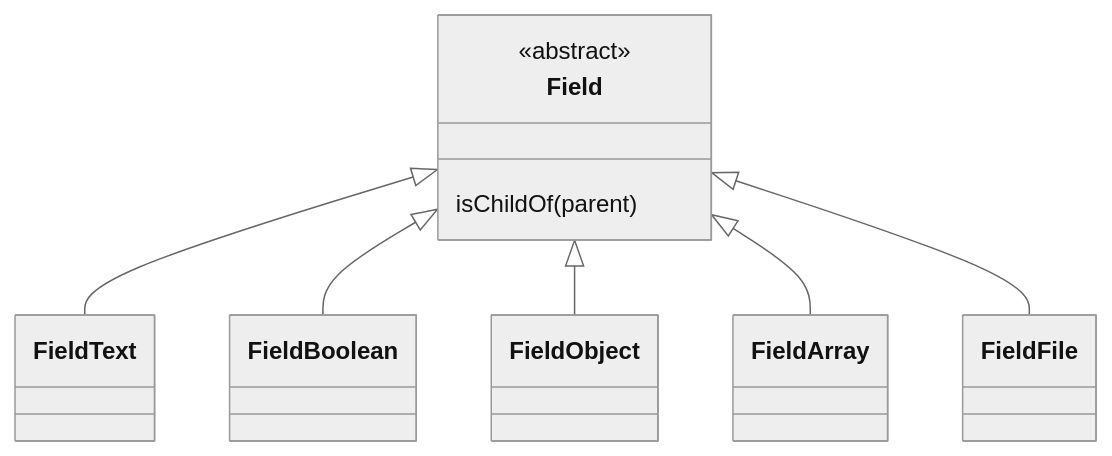
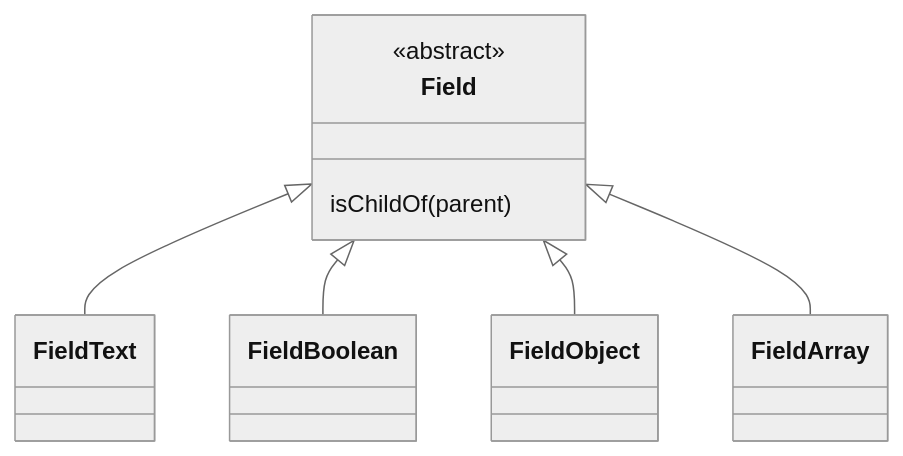
Before and after one commit to jasony62/tms-vue3-kit: the second of 4 diagrams in packages/tms-vue3-ui/src/json-doc/README.md, drawn with Mermaid (neutral theme). The commit also changed 21 other files, not shown here.

````diff
--- a/packages/tms-vue3-ui/src/json-doc/README.md
+++ b/packages/tms-vue3-ui/src/json-doc/README.md
@@ -356,19 +356,17 @@
 ```mermaid
 classDiagram
 
 class Field {
   <<abstract>>
   isChildOf(parent)
 }
 
 class FieldText
 class FieldObject
 class FieldArray
-class FieldFile
 
 Field<|--FieldText
 Field<|--FieldBoolean
 Field<|--FieldObject
 Field<|--FieldArray
-Field<|--FieldFile
 ```
````
